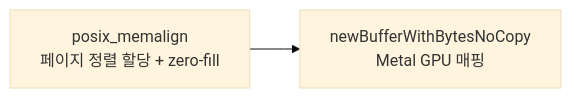
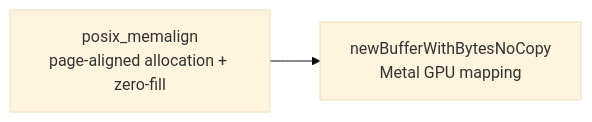
The second of 3 diagrams in docs/crates/rmlx-alloc.md (0xDaizz/RMLX), drawn with Mermaid (base theme) before and after one commit. The commit also changed other lines of this file and 30 other files, not shown here.

````diff
--- a/docs/crates/rmlx-alloc.md
+++ b/docs/crates/rmlx-alloc.md
@@ -62,4 +62,4 @@
 ```mermaid
 flowchart LR
-    A[posix_memalign<br/>페이지 정렬 할당 + zero-fill] --> B[newBufferWithBytesNoCopy<br/>Metal GPU 매핑]
+    A[posix_memalign<br/>page-aligned allocation + zero-fill] --> B[newBufferWithBytesNoCopy<br/>Metal GPU mapping]
 ```
````
